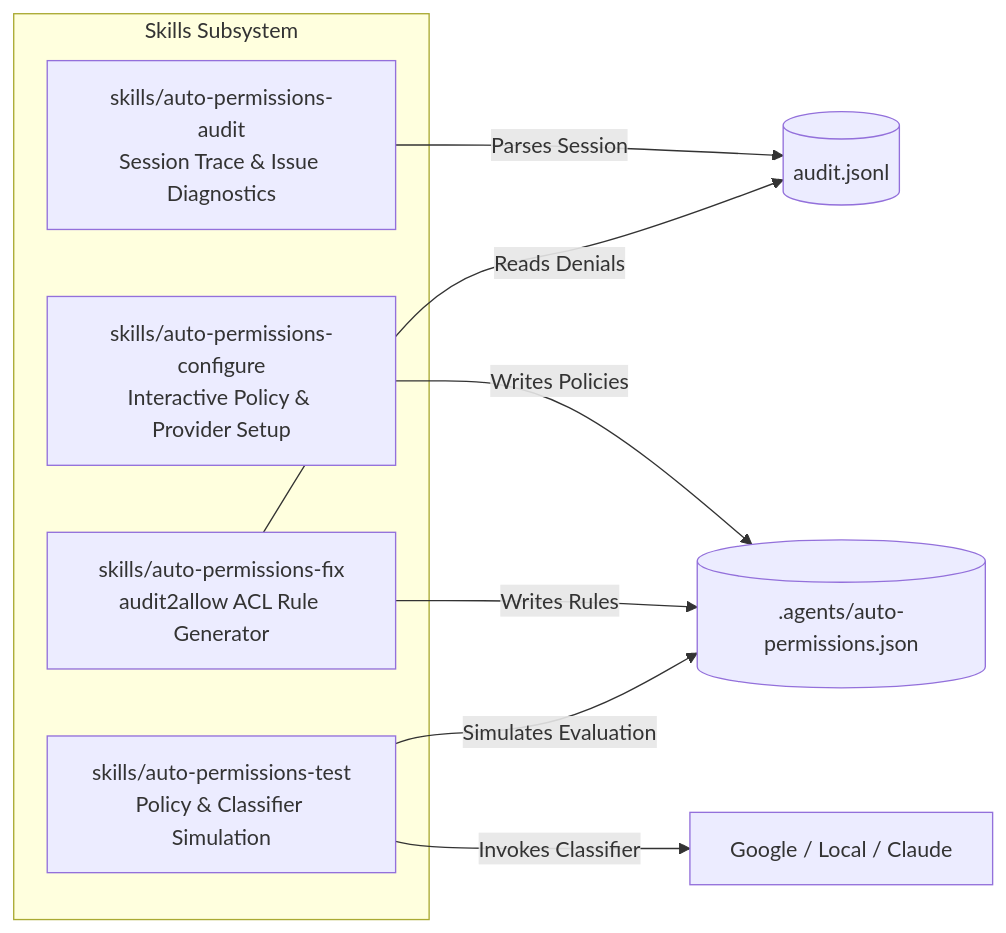
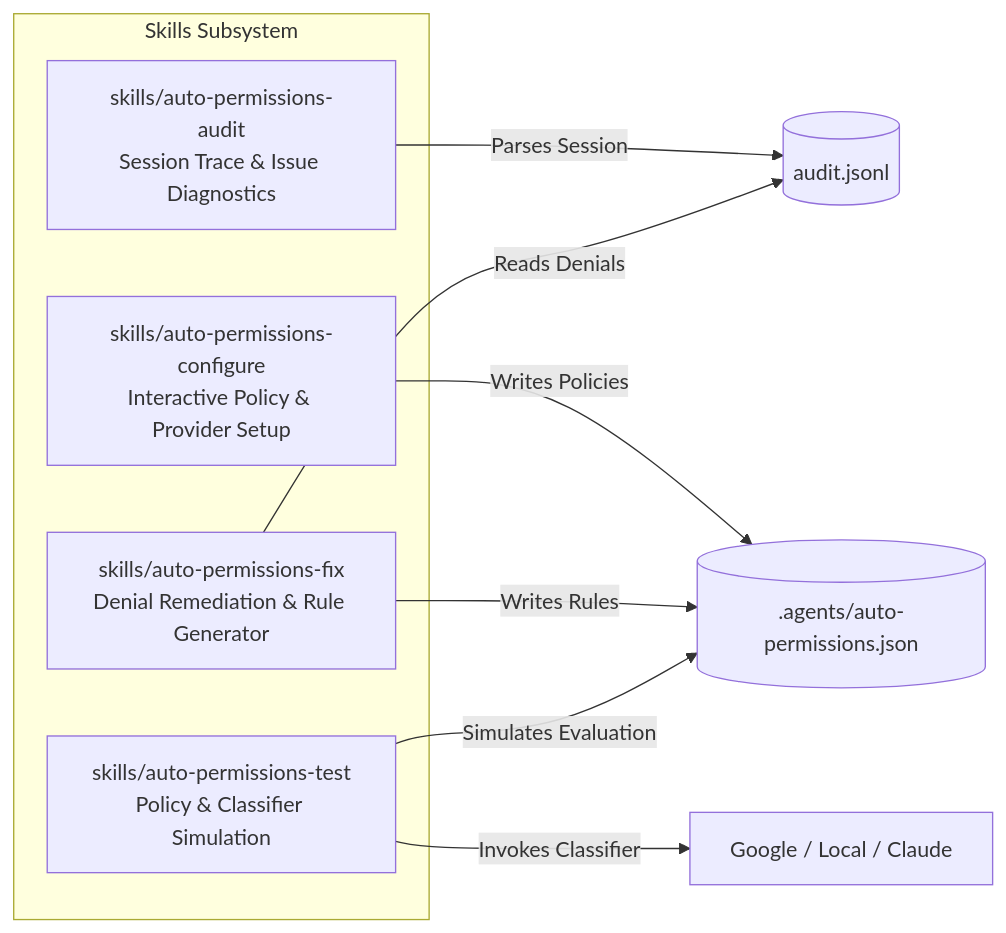
One commit to abn/google-antigravity-plugin-auto-permissions changed the fourth of 4 diagrams in docs/architecture.md. Above: the diagram before and after it, drawn with Mermaid. The commit also changed other lines of this file and 3 other files, not shown here.

Commit message:
docs: standardize terminology replacing audit2allow/SELinux references with policy remediation

````diff
--- a/docs/architecture.md
+++ b/docs/architecture.md
@@ -378,16 +378,16 @@
 ```mermaid
 flowchart LR
     subgraph Skills Subsystem
         Configure[skills/auto-permissions-configure<br>Interactive Policy & Provider Setup]
         Audit[skills/auto-permissions-audit<br>Session Trace & Issue Diagnostics]
-        Fix[skills/auto-permissions-fix<br>audit2allow ACL Rule Generator]
+        Fix[skills/auto-permissions-fix<br>Denial Remediation & Rule Generator]
         Test[skills/auto-permissions-test<br>Policy & Classifier Simulation]
     end
 
     Configure -->|Writes Policies| PolicyConfig[(.agents/auto-permissions.json)]
     Audit -->|Parses Session| SessionLog[(audit.jsonl)]
     Fix -->|Reads Denials| SessionLog
     Fix -->|Writes Rules| PolicyConfig
     Test -->|Simulates Evaluation| PolicyConfig
     Test -->|Invokes Classifier| ClassifierEngine[Google / Local / Claude]
 ```
````
